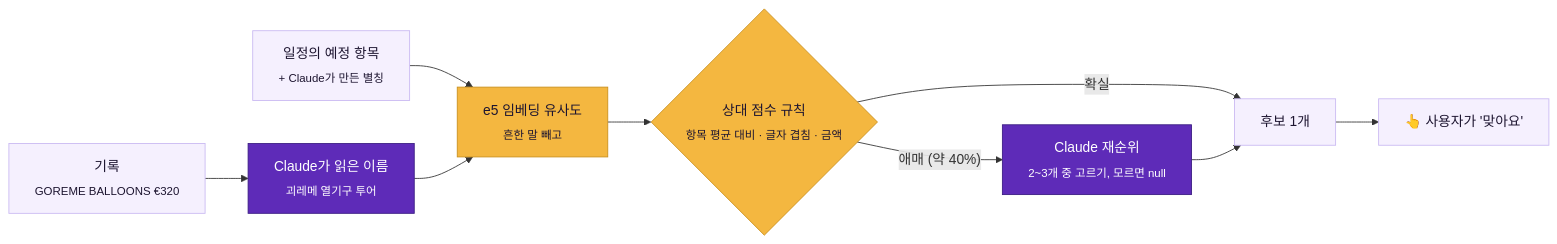
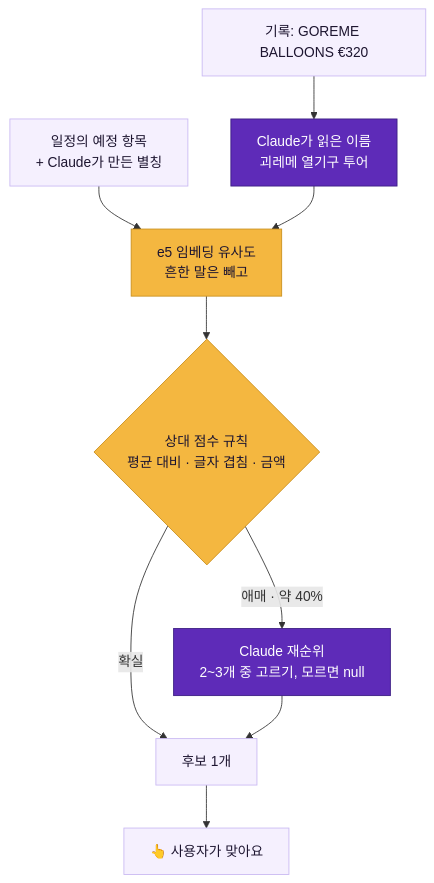
One commit to Hanatour-AI-290/hanatour-290-app changed the second of 3 diagrams in README.md. Above: the diagram before and after it, drawn with Mermaid. The commit also changed other lines of this file, not shown here.

````diff
--- a/README.md
+++ b/README.md
@@ -146,18 +146,18 @@
 ```mermaid
-flowchart LR
-    REC["기록<br/><sub>GOREME BALLOONS €320</sub>"] --> N["Claude가 읽은 이름<br/><sub>괴레메 열기구 투어</sub>"]
-    PLAN["일정의 예정 항목<br/><sub>+ Claude가 만든 별칭</sub>"] --> E
-    N --> E["e5 임베딩 유사도<br/><sub>흔한 말 빼고</sub>"]
-    E --> RULE{"상대 점수 규칙<br/><sub>항목 평균 대비 · 글자 겹침 · 금액</sub>"}
+flowchart TB
+    REC["기록: GOREME BALLOONS €320"] --> N["Claude가 읽은 이름<br/>괴레메 열기구 투어"]
+    PLAN["일정의 예정 항목<br/>+ Claude가 만든 별칭"] --> E
+    N --> E["e5 임베딩 유사도<br/>흔한 말은 빼고"]
+    E --> RULE{"상대 점수 규칙<br/>평균 대비 · 글자 겹침 · 금액"}
     RULE -- "확실" --> ONE["후보 1개"]
-    RULE -- "애매 (약 40%)" --> RR["Claude 재순위<br/><sub>2~3개 중 고르기, 모르면 null</sub>"]
+    RULE -- "애매 · 약 40%" --> RR["Claude 재순위<br/>2~3개 중 고르기, 모르면 null"]
     RR --> ONE
-    ONE --> U["👆 사용자가 '맞아요'"]
+    ONE --> U["👆 사용자가 맞아요"]
 
     classDef ai fill:#5e2bb8,stroke:#3a1c82,color:#fff
     classDef rule fill:#f4b740,stroke:#c98f1c,color:#1d1530
     classDef io fill:#f5f0fe,stroke:#c9b8f2,color:#1d1530
     class N,RR ai
     class E,RULE rule
     class REC,PLAN,ONE,U io
 ```
````
